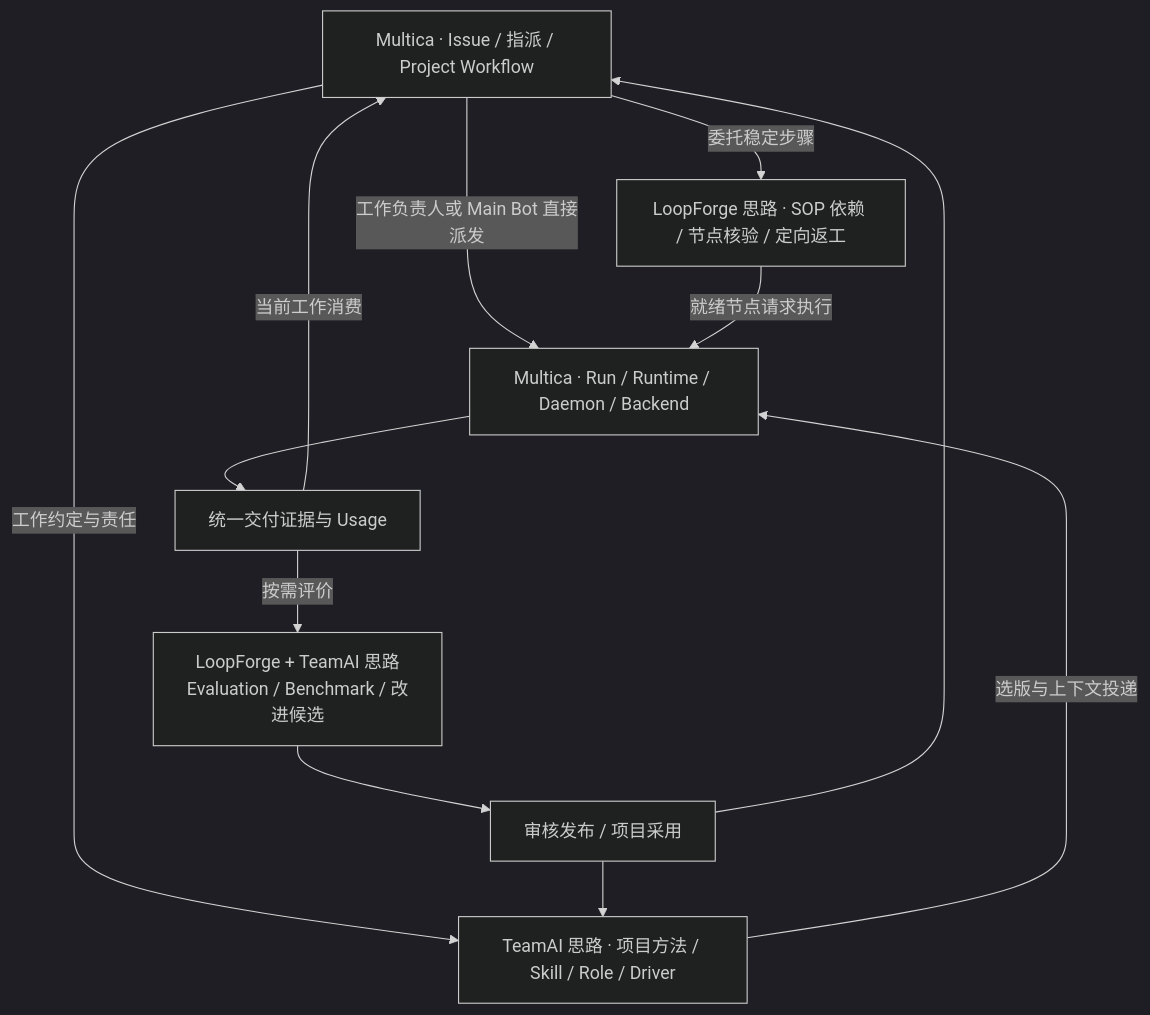
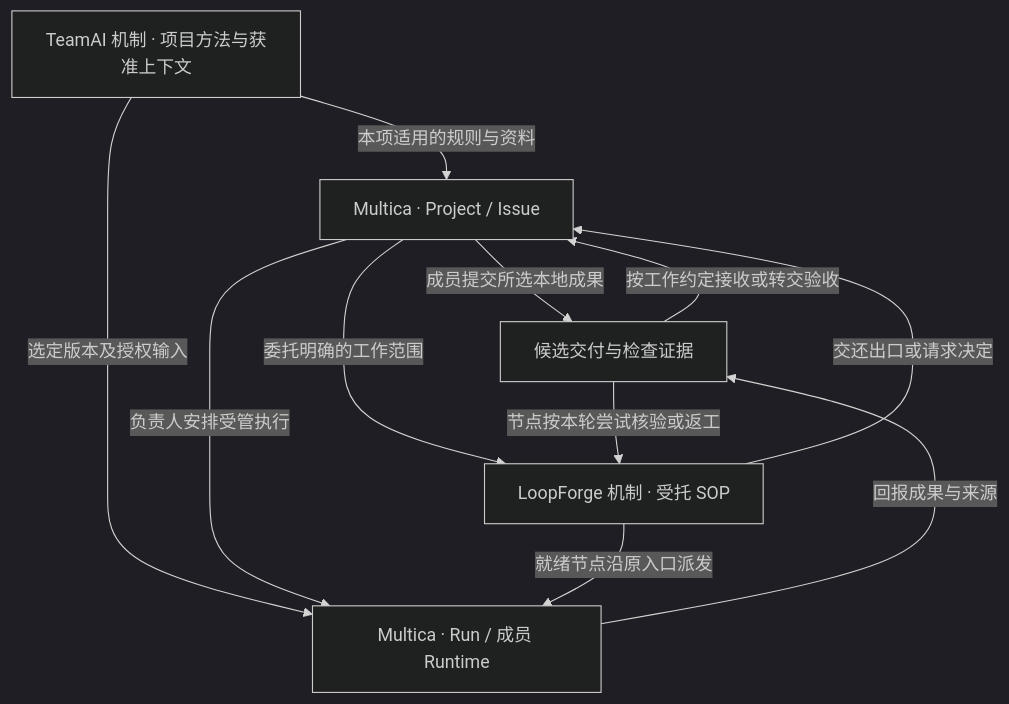
The fourth of 7 diagrams in docs/architecture/system-architecture.md (ScWen7/Issues), drawn with Mermaid (dark theme) before and after one commit. The commit also changed other lines of this file and 6 other files, not shown here.

```diff
--- a/docs/architecture/system-architecture.md
+++ b/docs/architecture/system-architecture.md
@@ -244,21 +249,18 @@
 ~~~mermaid
 flowchart TB
-  Work["Multica · Issue / 指派 / Project Workflow"]
-  Method["TeamAI 思路 · 项目方法 / Skill / Role / Driver"]
-  SOP["LoopForge 思路 · SOP 依赖 / 节点核验 / 定向返工"]
-  Run["Multica · Run / Runtime / Daemon / Backend"]
-  Evidence["统一交付证据与 Usage"]
-  Improve["LoopForge + TeamAI 思路<br/>Evaluation / Benchmark / 改进候选"]
-  Release["审核发布 / 项目采用"]
-  Work -->|"工作负责人或 Main Bot 直接派发"| Run
-  Work -->|"委托稳定步骤"| SOP
-  Work -->|"工作约定与责任"| Method
-  Method -->|"选版与上下文投递"| Run
-  SOP -->|"就绪节点请求执行"| Run
-  Run --> Evidence
-  Evidence -->|"当前工作消费"| Work
-  Evidence -->|"按需评价"| Improve
-  Improve --> Release
-  Release --> Method
-  Release --> Work
+  Work["Multica · Project / Issue"]
+  Method["TeamAI 机制 · 项目方法与获准上下文"]
+  SOP["LoopForge 机制 · 受托 SOP"]
+  Run["Multica · Run / 成员 Runtime"]
+  Delivery["候选交付与检查证据"]
+  Method -->|"本项适用的规则与资料"| Work
+  Method -->|"选定版本及授权输入"| Run
+  Work -->|"成员提交所选本地成果"| Delivery
+  Work -->|"负责人安排受管执行"| Run
+  Work -->|"委托明确的工作范围"| SOP
+  SOP -->|"就绪节点沿原入口派发"| Run
+  Run -->|"回报成果与来源"| Delivery
+  Delivery -->|"节点按本轮尝试核验或返工"| SOP
+  SOP -->|"交还出口或请求决定"| Work
+  Delivery -->|"按工作约定接收或转交验收"| Work
 ~~~
```
